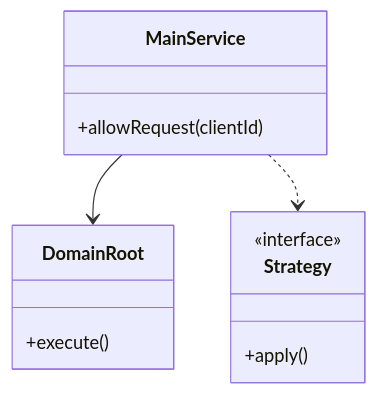
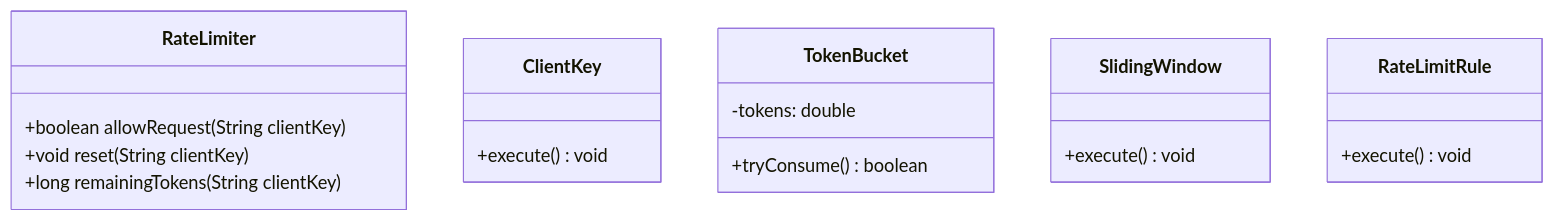
The first of 3 diagrams in Learn/System Design - Low Level Design/02-classic-ood/questions/Q14-rate-limiter.md (madhupaila/Interview-Prep-SSE), drawn with Mermaid before and after one commit. The commit also changed other lines of this file and 491 other files, not shown here.

````diff
--- a/Learn/System Design - Low Level Design/02-classic-ood/questions/Q14-rate-limiter.md
+++ b/Learn/System Design - Low Level Design/02-classic-ood/questions/Q14-rate-limiter.md
@@ -74,15 +92,21 @@
 ```mermaid
 classDiagram
-    class MainService {
-        +allowRequest(clientId)
+    class RateLimiter {
+        +boolean allowRequest(String clientKey)
+        +void reset(String clientKey)
+        +long remainingTokens(String clientKey)
     }
-    class DomainRoot {
-        +execute()
+    class ClientKey {
+        +execute() void
     }
-    class Strategy {
-        <<interface>>
-        +apply()
+    class TokenBucket {
+        -tokens: double
+        +tryConsume() boolean
     }
-    MainService --> DomainRoot
-    MainService ..> Strategy
+    class SlidingWindow {
+        +execute() void
+    }
+    class RateLimitRule {
+        +execute() void
+    }
 ```
````
